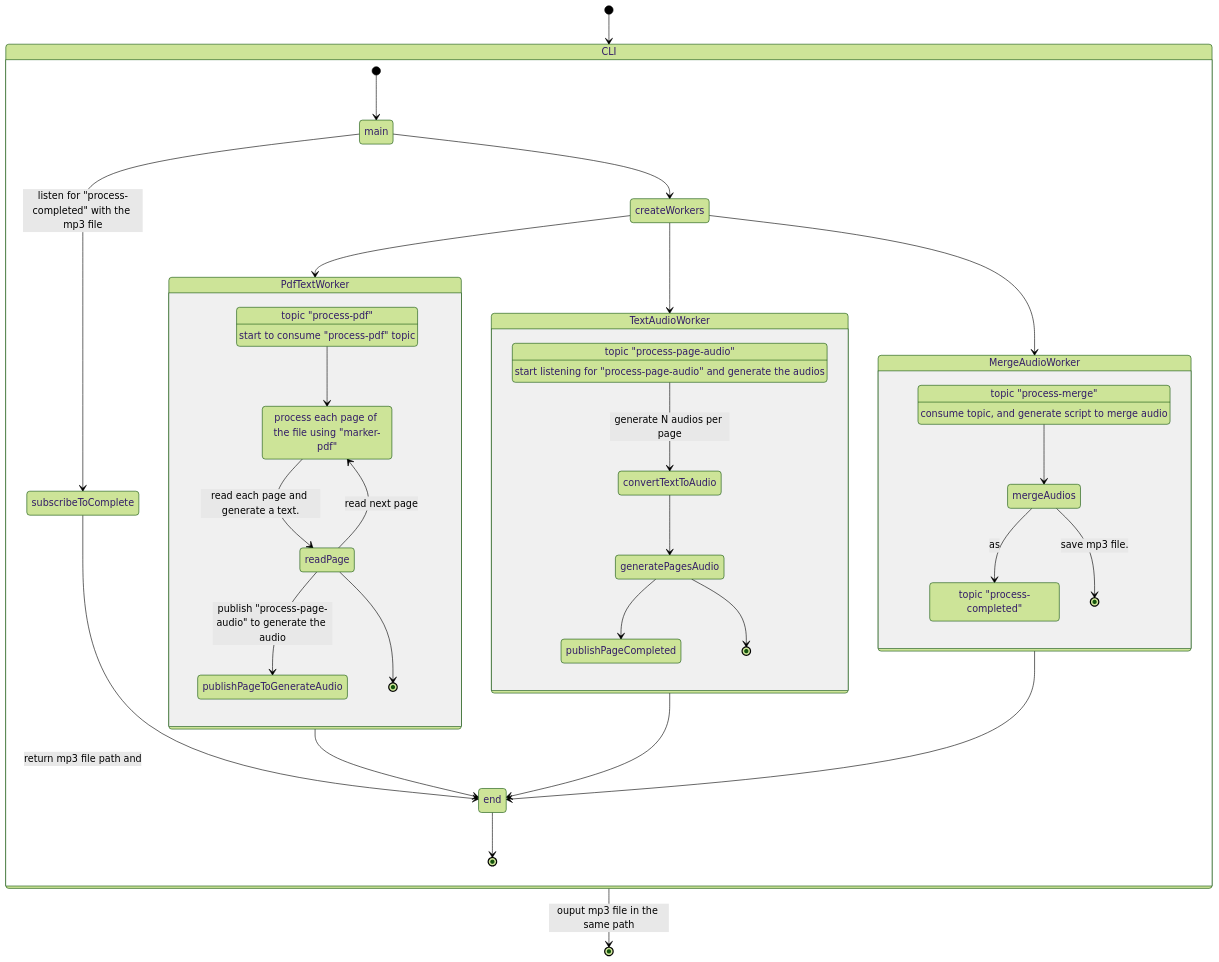
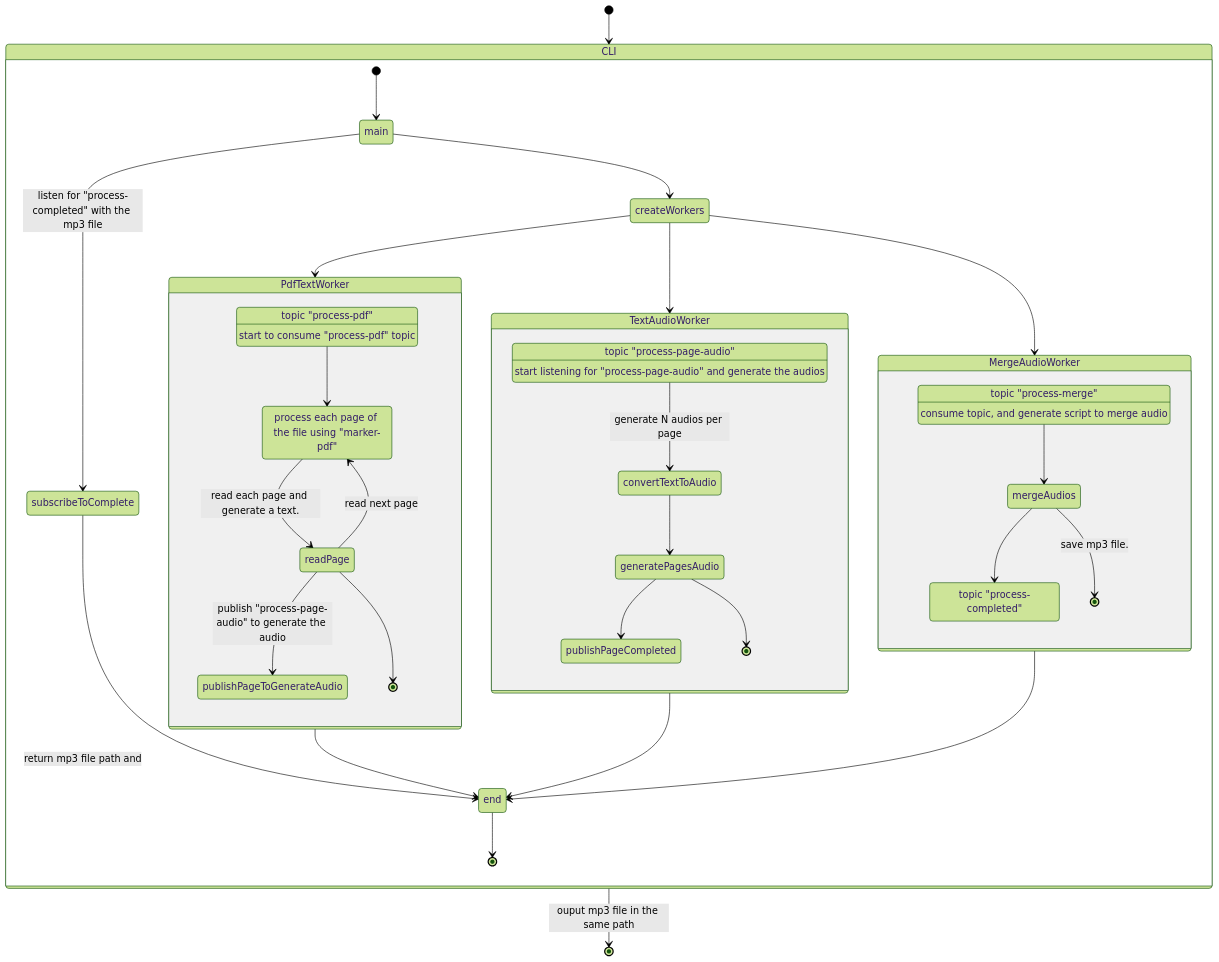
One commit to paolinos/pdf-to-audiobook changed the second of 3 diagrams in README.md. Above: the diagram before and after it, drawn with Mermaid (forest theme). The commit also changed other lines of this file, not shown here.

````diff
--- a/README.md
+++ b/README.md
@@ -113,57 +114,57 @@
 ```mermaid
 stateDiagram
     %%direction LR
     %% App run
     [*] --> CLI
     state CLI {
       %%direction LR
 
         topicProcessPdf: topic "process-pdf"
         topicProcessPage: topic "process-page-audio"
         topicProcessMerge: topic "process-merge"
         topicProcessCompleted: topic "process-completed"
 
 
         [*] --> main
         main --> createWorkers
         createWorkers --> PdfTextWorker 
         createWorkers --> TextAudioWorker
         createWorkers --> MergeAudioWorker
         main --> subscribeToComplete : listen for "process-completed" with the mp3 file
       
         state PdfTextWorker {
             processFile: process each page of the file using "marker-pdf"
 
             topicProcessPdf : start to consume "process-pdf" topic   
             topicProcessPdf --> processFile
             processFile --> readPage: read each page and generate a text.
             readPage --> publishPageToGenerateAudio: publish "process-page-audio" to generate the audio
             readPage --> processFile: read next page
             readPage --> [*]
         }
 
         state TextAudioWorker {
             topicProcessPage --> convertTextToAudio: generate N audios per page
             topicProcessPage: start listening for "process-page-audio" and generate the audios
             convertTextToAudio --> generatePagesAudio
             generatePagesAudio --> publishPageCompleted
             generatePagesAudio --> [*]
         }
 
         state MergeAudioWorker {
             
             topicProcessMerge --> mergeAudios
             topicProcessMerge: consume topic, and generate script to merge audio
-            mergeAudios --> topicProcessCompleted: as
+            mergeAudios --> topicProcessCompleted
             mergeAudios --> [*] : save mp3 file. 
         }
 
         PdfTextWorker --> end  
         TextAudioWorker --> end 
         MergeAudioWorker --> end
         subscribeToComplete --> end: return mp3 file path and 
         end --> [*]
 
     }
     CLI --> [*]: ouput mp3 file in the same path
 ```
````
